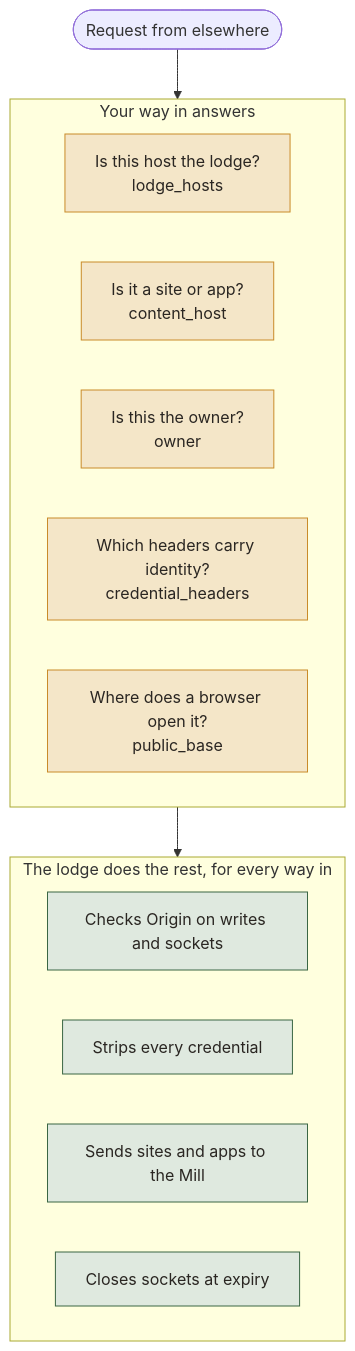
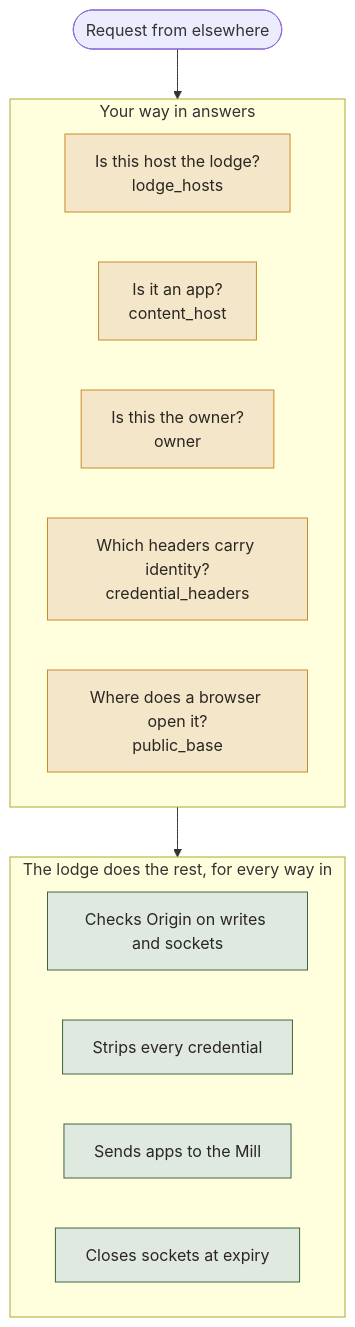
One commit to jerpint/woltspace changed the diagram in docs/ways-in.md. Above: the diagram before and after it, drawn with Mermaid. The commit also changed other lines of this file and 8 other files, not shown here.

````diff
--- a/docs/ways-in.md
+++ b/docs/ways-in.md
@@ -24,20 +24,20 @@
 ```mermaid
 flowchart TD
   R([Request from elsewhere]) --> W
   subgraph W[Your way in answers]
     Q1[Is this host the lodge?<br>lodge_hosts]:::new
-    Q2[Is it a site or app?<br>content_host]:::new
+    Q2[Is it an app?<br>content_host]:::new
     Q3[Is this the owner?<br>owner]:::new
     Q4[Which headers carry identity?<br>credential_headers]:::new
     Q5[Where does a browser open it?<br>public_base]:::new
   end
   W --> L
   subgraph L[The lodge does the rest, for every way in]
     A[Checks Origin on writes and sockets]:::ok
     B[Strips every credential]:::ok
-    C[Sends sites and apps to the Mill]:::ok
+    C[Sends apps to the Mill]:::ok
     D[Closes sockets at expiry]:::ok
   end
   classDef ok fill:#dfe9df,stroke:#3A6644,color:#2a2622
   classDef new fill:#f4e6c8,stroke:#C98B2A,color:#2a2622
 ```
````
